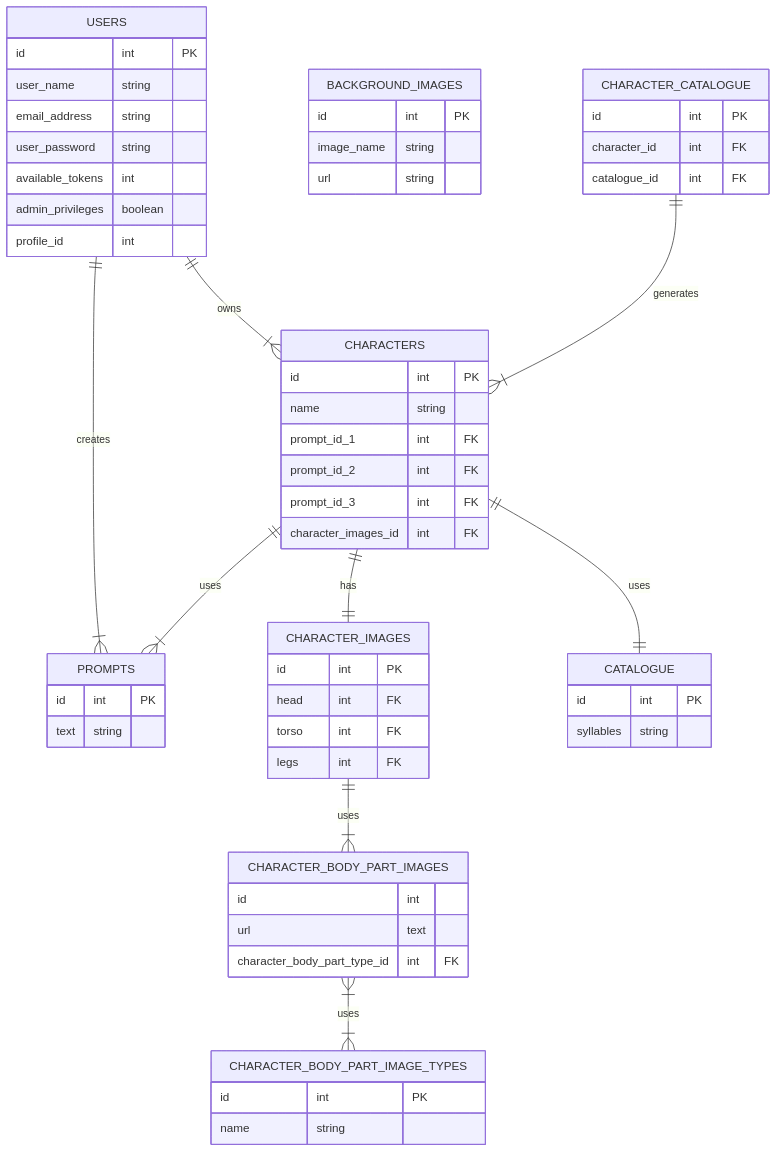
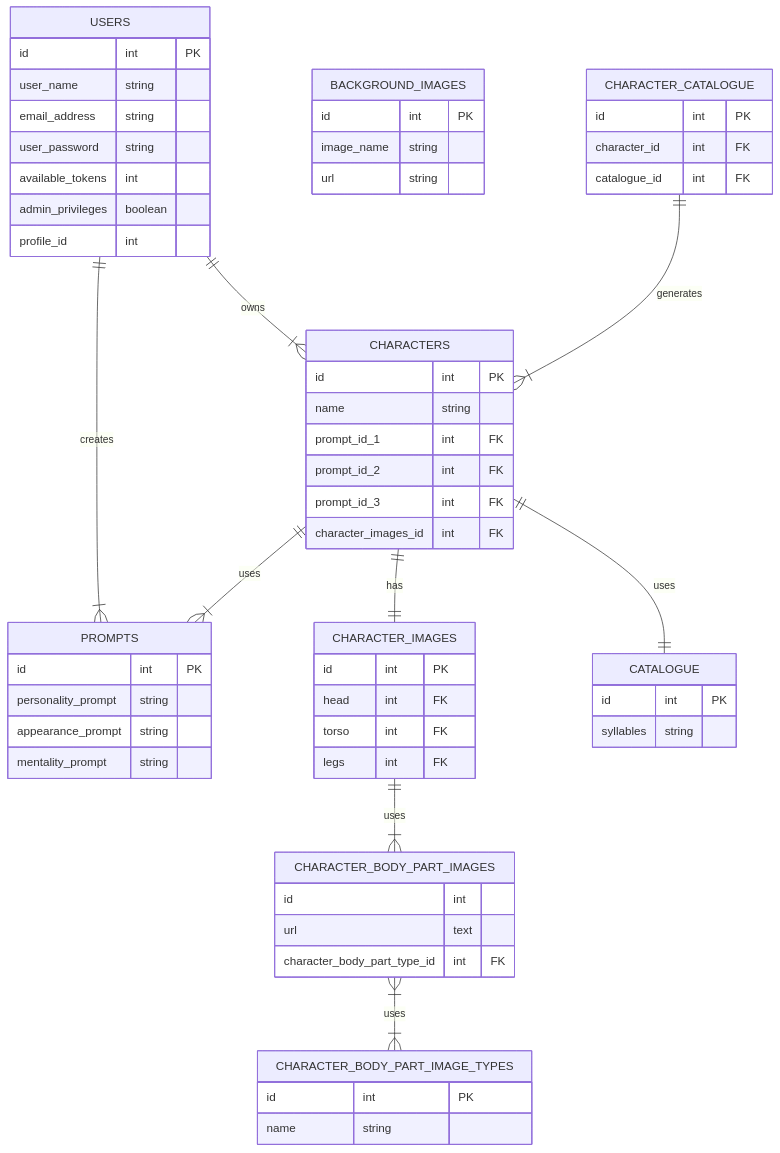
Before and after one commit to Wren00/create-an-orc: the second of 2 diagrams in README.md, drawn with Mermaid.

````diff
--- a/README.md
+++ b/README.md
@@ -68,63 +68,65 @@
 ```mermaid
 erDiagram
 direction TB
 USERS {
 	id int PK
 	user_name string
 	email_address string
 	user_password string
 	available_tokens int
 	admin_privileges boolean 
 	profile_id int
 }
 PROMPTS {
  	id int PK
-	text string
+	personality_prompt string
+	appearance_prompt string
+	mentality_prompt string
 }
 CHARACTERS {
  	id int PK
 	name string
 	prompt_id_1 int FK
 	prompt_id_2 int FK
 	prompt_id_3 int FK
 	character_images_id int FK
 }
 CHARACTER_IMAGES {
 	id int PK
 	head int FK
 	torso int FK
 	legs int FK
 }
 CHARACTER_BODY_PART_IMAGES {
 	id int
 	url text 
 	character_body_part_type_id int FK
 }
 CHARACTER_BODY_PART_IMAGE_TYPES {
 	id int PK
 	name string
 }
 BACKGROUND_IMAGES {
  	id int PK
 	image_name string
 	url string
 }
 CHARACTER_CATALOGUE {
 	id int PK
 	character_id int FK
 	catalogue_id int FK
 }
 CATALOGUE {
     id int PK
     syllables string
 }
 	USERS ||--|{ PROMPTS : creates
 	USERS ||--|{ CHARACTERS : owns
 	CHARACTERS ||--|{ PROMPTS : uses
 	CHARACTERS ||--|| CHARACTER_IMAGES : has
 	CHARACTERS ||--|| CATALOGUE : uses
 	CHARACTER_IMAGES ||--|{ CHARACTER_BODY_PART_IMAGES : uses
 	CHARACTER_BODY_PART_IMAGES }|--|{ CHARACTER_BODY_PART_IMAGE_TYPES : uses
 	CHARACTER_CATALOGUE ||--|{ CHARACTERS : generates
 	
 ```
````
